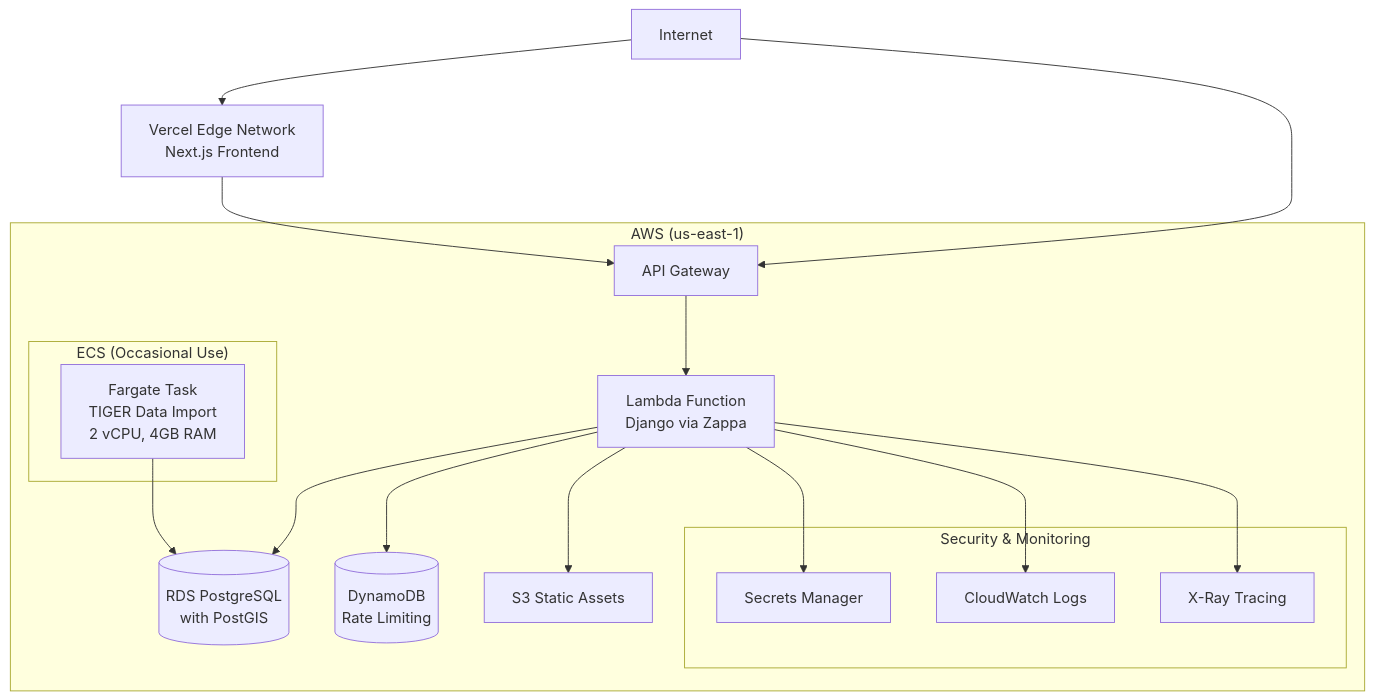
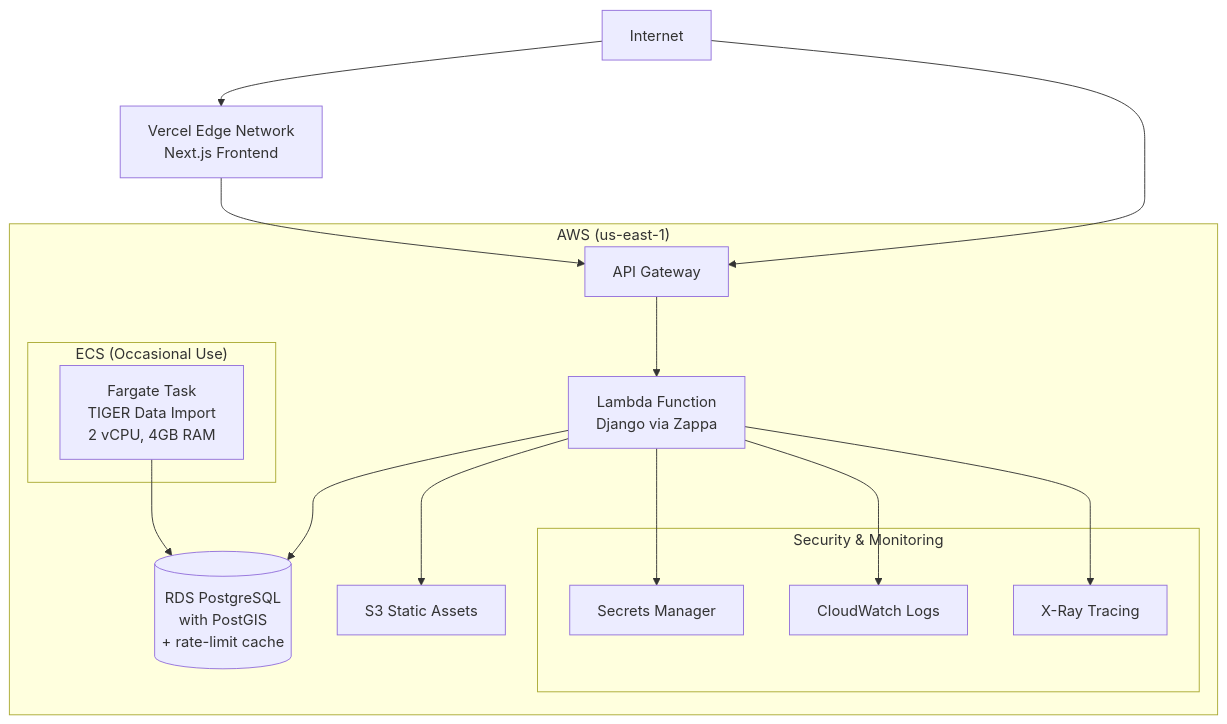
One commit to lhadjchikh/coalition-builder changed the diagram in terraform/README.md. Above: the diagram before and after it, drawn with Mermaid. The commit also changed other lines of this file and 12 other files, not shown here.

````diff
--- a/terraform/README.md
+++ b/terraform/README.md
@@ -78,32 +78,31 @@
 ```mermaid
 %%{init: {'theme':'basic'}}%%
 flowchart TB
     internet[Internet] --> vercel[Vercel Edge Network<br/>Next.js Frontend]
     internet --> apigateway[API Gateway]
 
     subgraph aws["AWS (us-east-1)"]
         apigateway --> lambda[Lambda Function<br/>Django via Zappa]
 
-        lambda --> rds[(RDS PostgreSQL<br/>with PostGIS)]
-        lambda --> dynamodb[(DynamoDB<br/>Rate Limiting)]
+        lambda --> rds[(RDS PostgreSQL<br/>with PostGIS<br/>+ rate-limit cache)]
         lambda --> s3[S3 Static Assets]
 
         subgraph ecs_occasional["ECS (Occasional Use)"]
             ecs_task[Fargate Task<br/>TIGER Data Import<br/>2 vCPU, 4GB RAM]
         end
 
         ecs_task --> rds
 
         subgraph security["Security & Monitoring"]
             secrets[Secrets Manager]
             cloudwatch[CloudWatch Logs]
             xray[X-Ray Tracing]
         end
 
         lambda --> secrets
         lambda --> cloudwatch
         lambda --> xray
     end
 
     vercel --> apigateway
 ```
````
